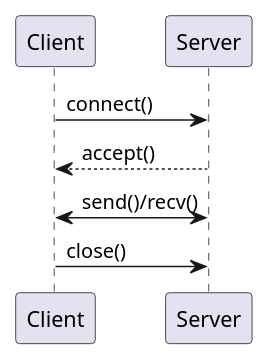
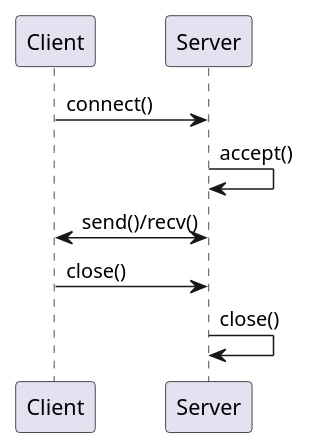
One commit to iwizy/analyst_kb changed the diagram in docs/integrations/networking/sockets.md. Above: the diagram before and after it, drawn with PlantUML. The commit also changed other lines of this file and 33 other files, not shown here.

````diff
--- a/docs/integrations/networking/sockets.md
+++ b/docs/integrations/networking/sockets.md
@@ -13,11 +36,12 @@
 ```kroki-plantuml
 @startuml
 participant Client
 participant Server
 
 Client -> Server: connect()
-Server --> Client: accept()
+Server -> Server: accept()
 Client <-> Server: send()/recv()
 Client -> Server: close()
+Server -> Server: close()
 @enduml
 ```
````
